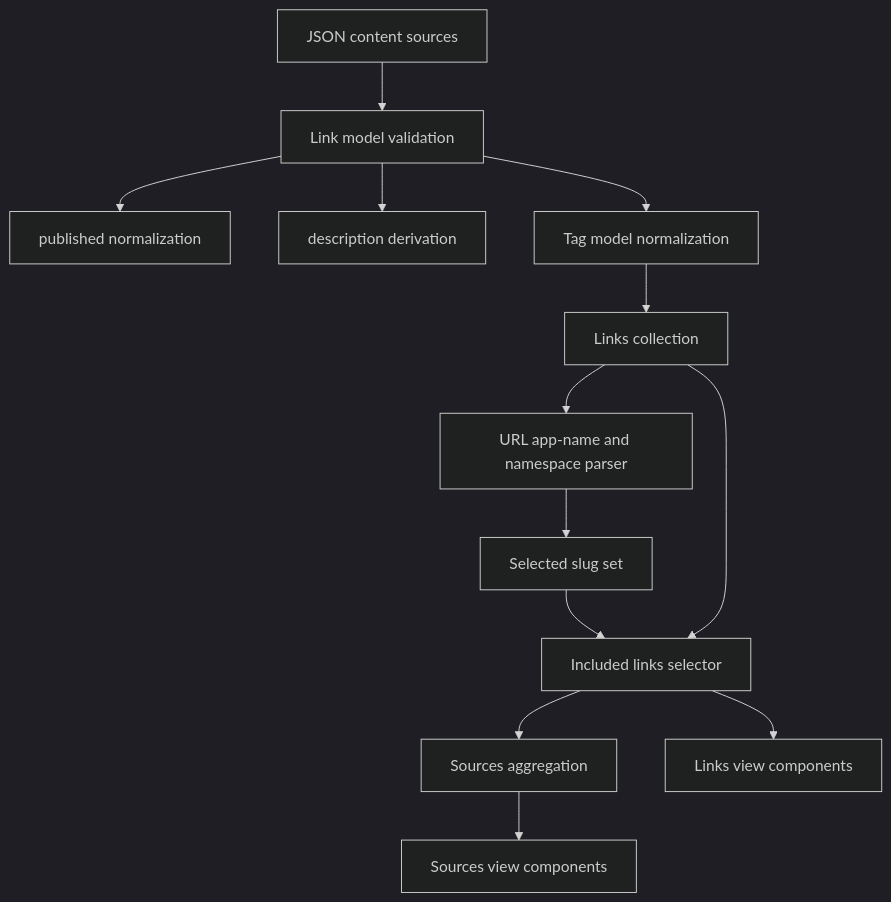
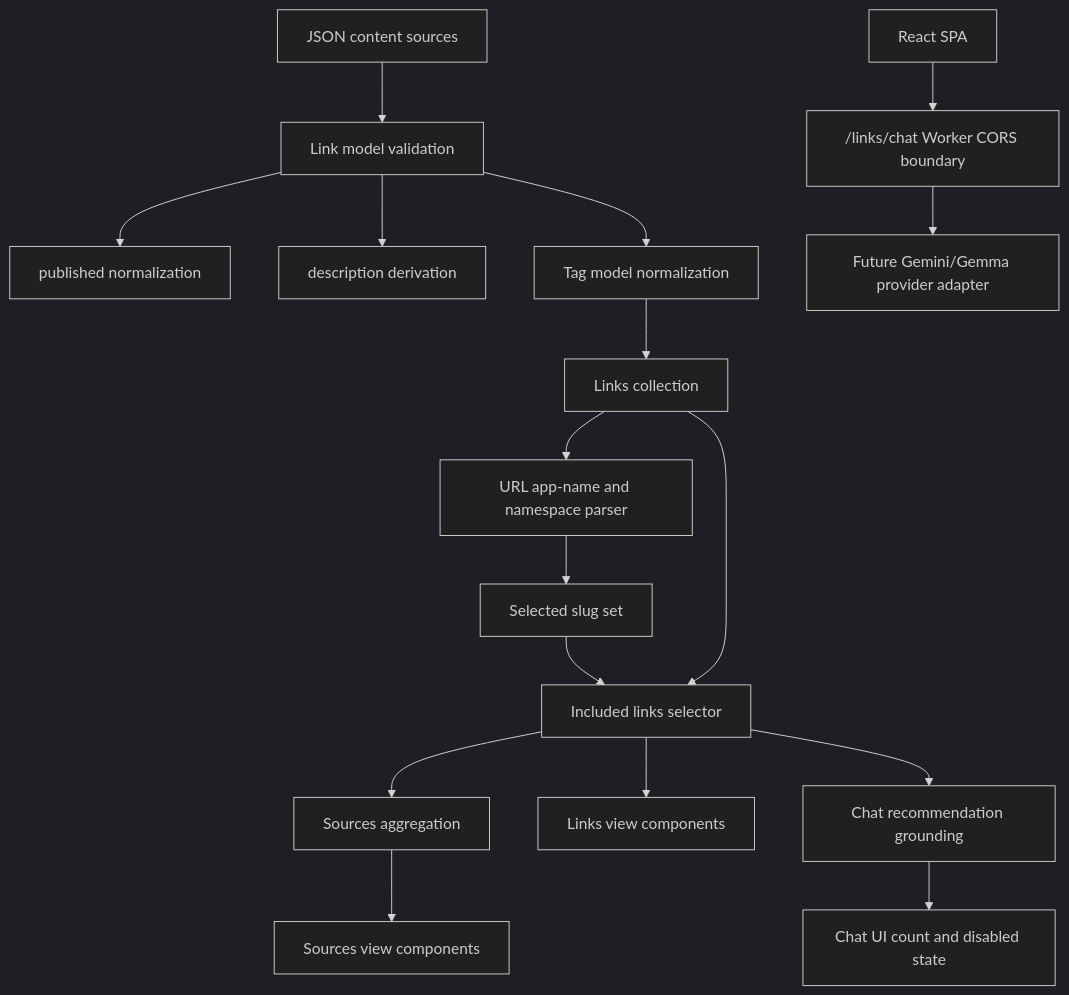
Before and after one commit to johnpfeiffer/links-app: the first of 2 diagrams in SPEC/implementation-plan.md, drawn with Mermaid (dark theme). The commit also changed other lines of this file and 12 other files, not shown here.

````diff
--- a/SPEC/implementation-plan.md
+++ b/SPEC/implementation-plan.md
@@ -46,15 +50,19 @@
 ```mermaid
 flowchart TD
   A["JSON content sources"] --> B["Link model validation"]
   B --> C["published normalization"]
   B --> D["description derivation"]
   B --> E["Tag model normalization"]
   E --> F["Links collection"]
   F --> G["URL app-name and namespace parser"]
   G --> H["Selected slug set"]
   H --> I["Included links selector"]
   F --> I
   I --> J["Sources aggregation"]
   I --> K["Links view components"]
   J --> L["Sources view components"]
+  I --> M["Chat recommendation grounding"]
+  M --> N["Chat UI count and disabled state"]
+  O["React SPA"] --> P["/links/chat Worker CORS boundary"]
+  P --> Q["Future Gemini/Gemma provider adapter"]
 ```
````
